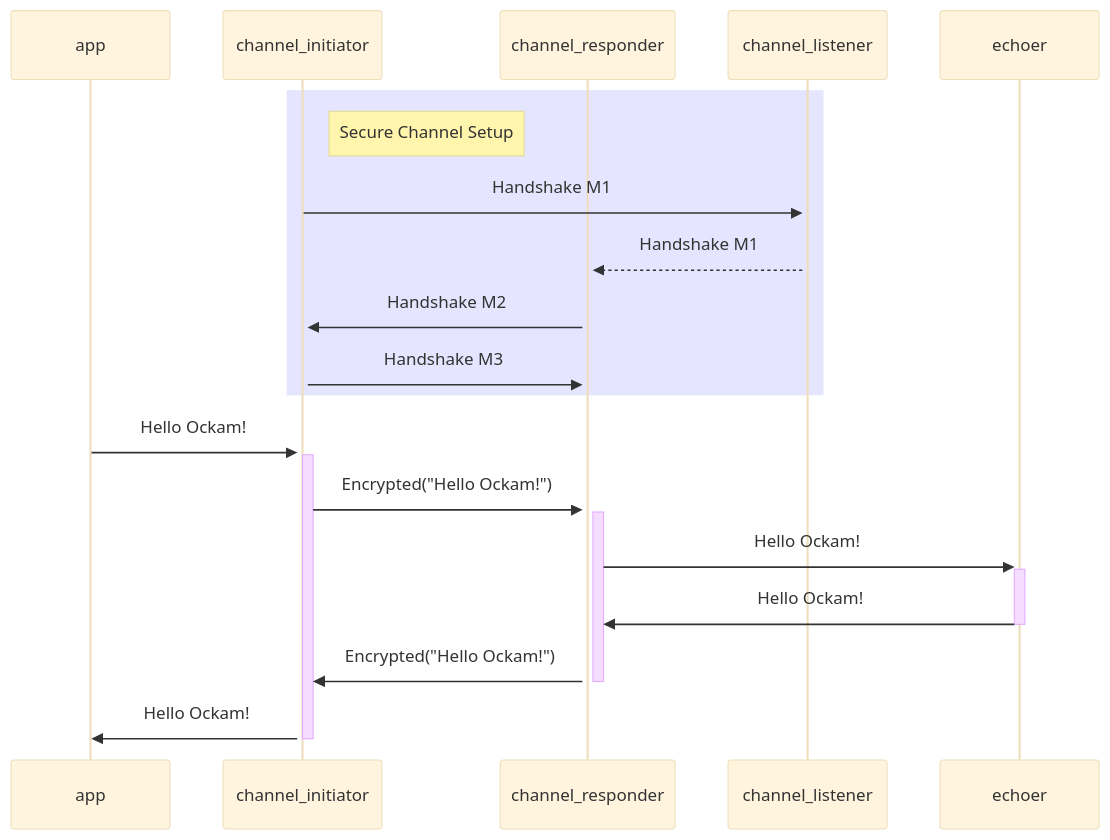
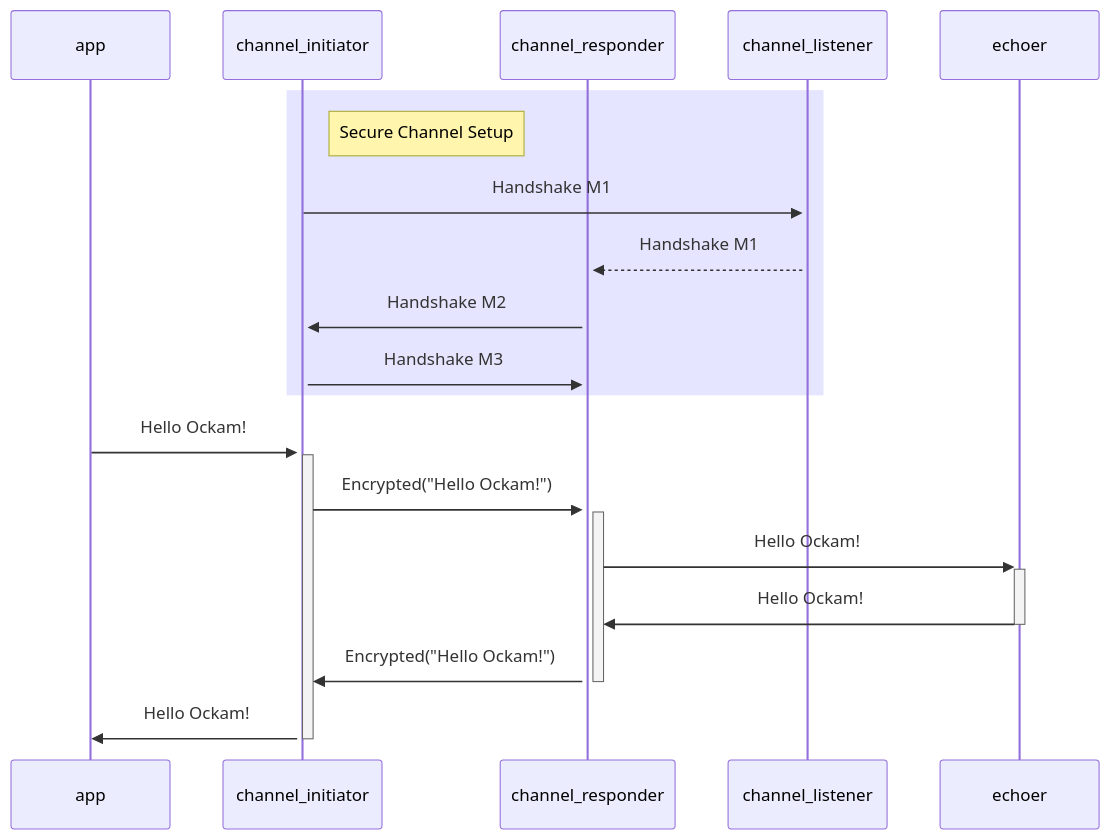
The diagram in documentation/guides/rust/get-started/05-secure-channel/sequence.mmd (build-trust/ockam), drawn with Mermaid before and after one commit. The commit also changed 26 other files, not shown here.

Commit message:
docs: improve diagrams in rust get started guide

```diff
--- a/documentation/guides/rust/get-started/05-secure-channel/sequence.mmd
+++ b/documentation/guides/rust/get-started/05-secure-channel/sequence.mmd
@@ -1,22 +1,21 @@
-%%{init: {'securityLevel': 'loose', 'theme':'base'}}%%
-  sequenceDiagram
-    participant app
-    participant channel_initiator
-    participant channel_responder
-    participant channel_listener
-    participant echoer
+sequenceDiagram
+  participant app
+  participant channel_initiator
+  participant channel_responder
+  participant channel_listener
+  participant echoer
 
-    rect rgba(0, 0, 255, .1)
-      Note right of channel_initiator: Secure Channel Setup
-      channel_initiator->>+channel_listener: Handshake M1
-      channel_listener-->>+channel_responder: Handshake M1
-      channel_responder->>+channel_initiator: Handshake M2
-      channel_initiator->>+channel_responder: Handshake M3
-    end
+  rect rgba(0, 0, 255, .1)
+    Note right of channel_initiator: Secure Channel Setup
+    channel_initiator->>+channel_listener: Handshake M1
+    channel_listener-->>+channel_responder: Handshake M1
+    channel_responder->>+channel_initiator: Handshake M2
+    channel_initiator->>+channel_responder: Handshake M3
+  end
 
-    app->>+channel_initiator: Hello Ockam!
-    channel_initiator->>+channel_responder: Encrypted("Hello Ockam!")
-    channel_responder->>+echoer: Hello Ockam!
-    echoer->>-channel_responder: Hello Ockam!
-    channel_responder->>-channel_initiator: Encrypted("Hello Ockam!")
-    channel_initiator->>-app: Hello Ockam!
+  app->>+channel_initiator: Hello Ockam!
+  channel_initiator->>+channel_responder: Encrypted("Hello Ockam!")
+  channel_responder->>+echoer: Hello Ockam!
+  echoer->>-channel_responder: Hello Ockam!
+  channel_responder->>-channel_initiator: Encrypted("Hello Ockam!")
+  channel_initiator->>-app: Hello Ockam!
```
